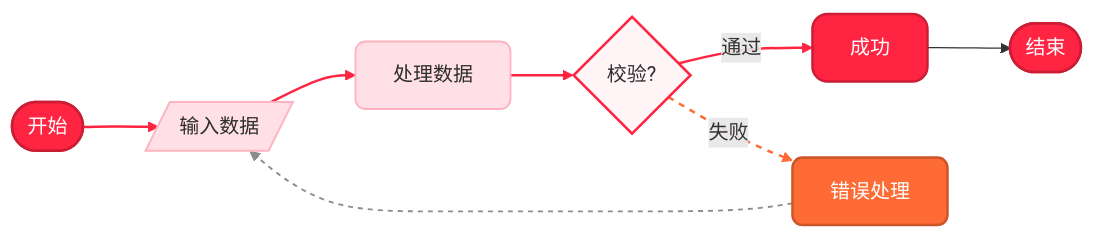
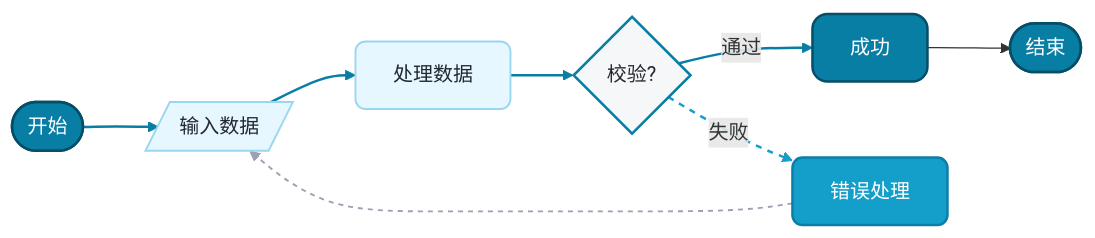
The diagram in skills/pretty-mermaid/assets/example_diagrams/flowchart.mmd (MAGO-Yong/mago-claw), drawn with Mermaid before and after one commit. The commit also changed 236 other files, not shown here.

```diff
--- a/skills/pretty-mermaid/assets/example_diagrams/flowchart.mmd
+++ b/skills/pretty-mermaid/assets/example_diagrams/flowchart.mmd
@@ -1,41 +1,41 @@
 %%{init: {
   'theme': 'base',
   'themeVariables': {
-    'primaryColor': '#FF2442',
+    'primaryColor': '#087EA4',
     'primaryTextColor': '#FFFFFF',
-    'primaryBorderColor': '#CC1D35',
-    'secondaryColor': '#FFE0E6',
-    'secondaryTextColor': '#2D2D2D',
-    'secondaryBorderColor': '#FFB3C1',
-    'tertiaryColor': '#FFF5F7',
-    'tertiaryTextColor': '#2D2D2D',
-    'tertiaryBorderColor': '#FFD6DE',
-    'lineColor': '#8C8C8C',
-    'textColor': '#2D2D2D',
+    'primaryBorderColor': '#044E68',
+    'secondaryColor': '#E6F7FF',
+    'secondaryTextColor': '#23272F',
+    'secondaryBorderColor': '#99D6F0',
+    'tertiaryColor': '#F6F7F9',
+    'tertiaryTextColor': '#23272F',
+    'tertiaryBorderColor': '#E0E3E8',
+    'lineColor': '#99A1B3',
+    'textColor': '#23272F',
     'fontSize': '13px',
     'fontFamily': '"PingFang SC", "Hiragino Sans GB", "Microsoft YaHei", sans-serif'
   },
   'flowchart': {
     'nodeSpacing': 30,
     'rankSpacing': 50,
     'padding': 15,
     'wrappingWidth': 120
   }
 }}%%
 flowchart LR
-    classDef primary fill:#FF2442,stroke:#CC1D35,color:#FFFFFF,stroke-width:2px,rx:12,ry:12
-    classDef secondary fill:#FFE0E6,stroke:#FFB3C1,color:#2D2D2D,stroke-width:1.5px,rx:8,ry:8
-    classDef accent fill:#FF6B35,stroke:#CC5529,color:#FFFFFF,stroke-width:2px,rx:8,ry:8
-    classDef decision fill:#FFF5F7,stroke:#FF2442,color:#2D2D2D,stroke-width:2px
+    classDef primary fill:#087EA4,stroke:#044E68,color:#FFFFFF,stroke-width:2px,rx:12,ry:12
+    classDef secondary fill:#E6F7FF,stroke:#99D6F0,color:#23272F,stroke-width:1.5px,rx:8,ry:8
+    classDef accent fill:#149ECA,stroke:#0D7EA8,color:#FFFFFF,stroke-width:2px,rx:8,ry:8
+    classDef decision fill:#F6F7F9,stroke:#087EA4,color:#23272F,stroke-width:2px
 
     Start([开始]):::primary --> Input[/输入数据/]:::secondary
     Input --> Process[处理数据]:::secondary
     Process --> Decision{校验?}:::decision
     Decision -->|通过| Success[成功]:::primary
     Decision -->|失败| ErrorHandler[错误处理]:::accent
     ErrorHandler --> Input
     Success --> End([结束]):::primary
 
-    linkStyle 0,1,2,3 stroke:#FF2442,stroke-width:2px
-    linkStyle 4 stroke:#FF6B35,stroke-width:2px,stroke-dasharray:5 5
-    linkStyle 5 stroke:#8C8C8C,stroke-width:1.5px,stroke-dasharray:4 4
+    linkStyle 0,1,2,3 stroke:#087EA4,stroke-width:2px
+    linkStyle 4 stroke:#149ECA,stroke-width:2px,stroke-dasharray:5 5
+    linkStyle 5 stroke:#99A1B3,stroke-width:1.5px,stroke-dasharray:4 4
```
